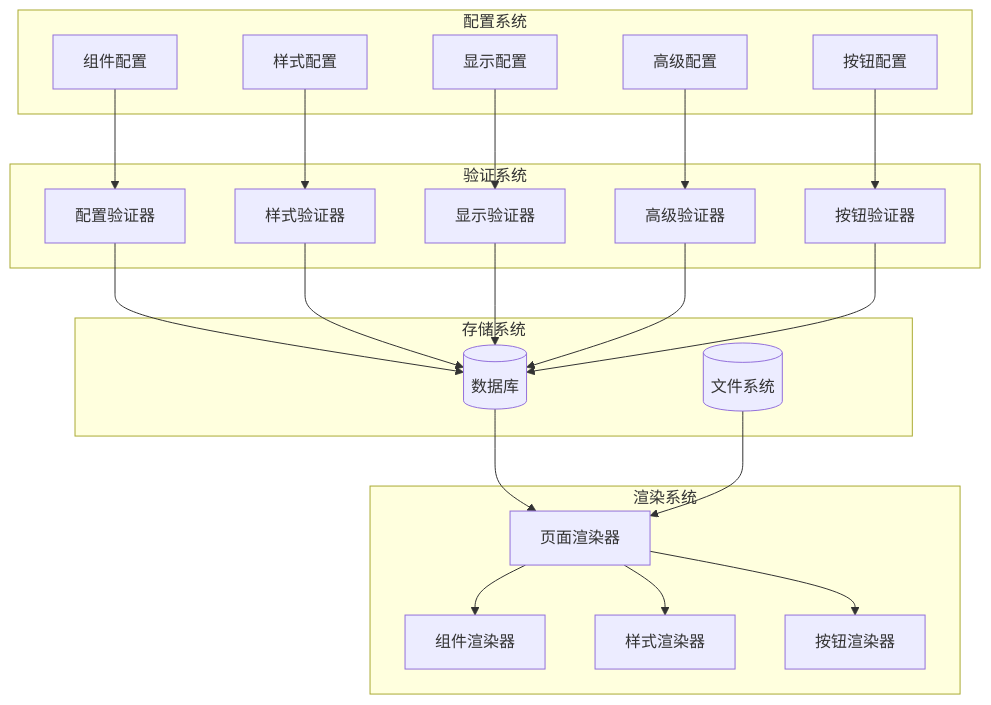
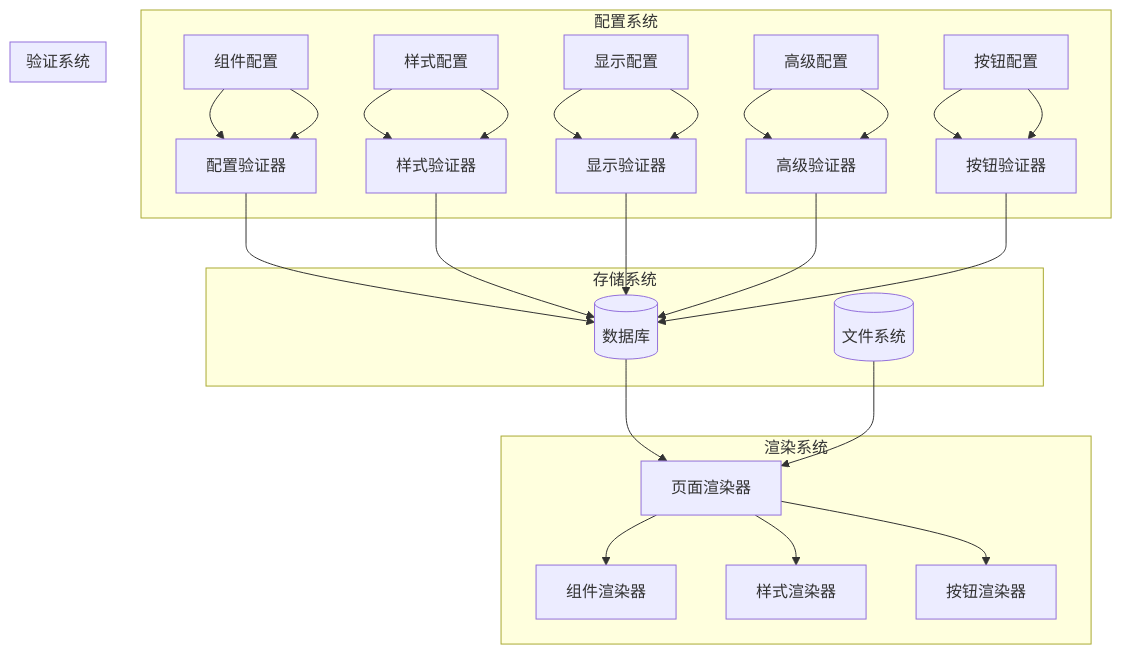
One commit to wyg5208/website_diy changed diagram 15 of 16 in .qoder/repowiki/zh/content/前端组件系统/组件库系统/组件通用配置.md. Above: the diagram before and after it, drawn with Mermaid. The commit also changed other lines of this file and 109 other files, not shown here.

````diff
--- a/.qoder/repowiki/zh/content/前端组件系统/组件库系统/组件通用配置.md
+++ b/.qoder/repowiki/zh/content/前端组件系统/组件库系统/组件通用配置.md
@@ -472,42 +589,47 @@
 ```mermaid
 graph TB
 subgraph "配置系统"
 CC[组件配置]
 SC[样式配置]
 DC[显示配置]
 AC[高级配置]
 BC[按钮配置]
+CC --> CV
+SC --> SV
+DC --> DV
+AC --> AV
+BC --> BV
 end
 subgraph "验证系统"
 CV[配置验证器]
 SV[样式验证器]
 DV[显示验证器]
 AV[高级验证器]
 BV[按钮验证器]
 end
 subgraph "存储系统"
 DB[(数据库)]
 FS[(文件系统)]
 end
 subgraph "渲染系统"
 PR[页面渲染器]
 CR[组件渲染器]
 SR[样式渲染器]
 BR[按钮渲染器]
 end
 CC --> CV
 SC --> SV
 DC --> DV
 AC --> AV
 BC --> BV
 CV --> DB
 SV --> DB
 DV --> DB
 AV --> DB
 BV --> DB
 DB --> PR
 FS --> PR
 PR --> CR
 PR --> SR
 PR --> BR
 ```
````
